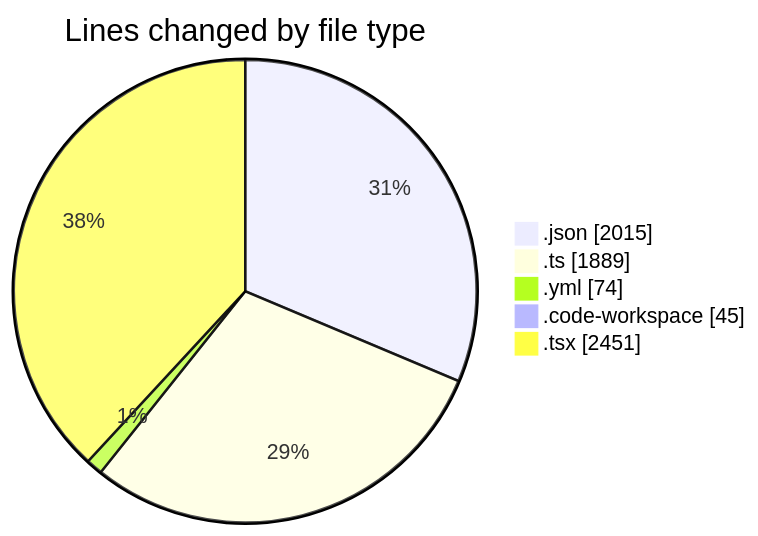
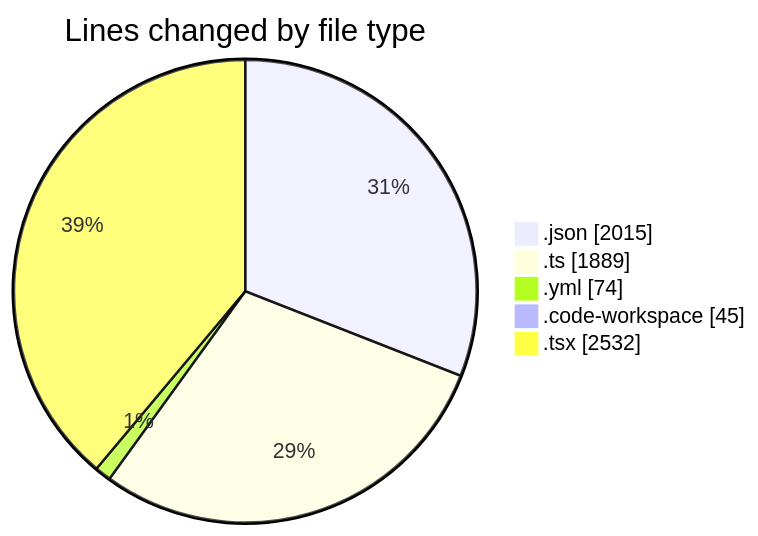
Before and after one commit to julien-gomy/code-tracking: the first of 2 diagrams in 2025-11-25/eventscop-frontend-guide__workspace_/README.md, drawn with Mermaid. The commit also changed other lines of this file and 1 other file, not shown here.

````diff
--- a/2025-11-25/eventscop-frontend-guide__workspace_/README.md
+++ b/2025-11-25/eventscop-frontend-guide__workspace_/README.md
@@ -44,9 +44,9 @@
 ```mermaid
 pie showData
 title Lines changed by file type
 ".json" : 2015
 ".ts" : 1889
 ".yml" : 74
 ".code-workspace" : 45
-".tsx" : 2451
+".tsx" : 2532
 ```
````
